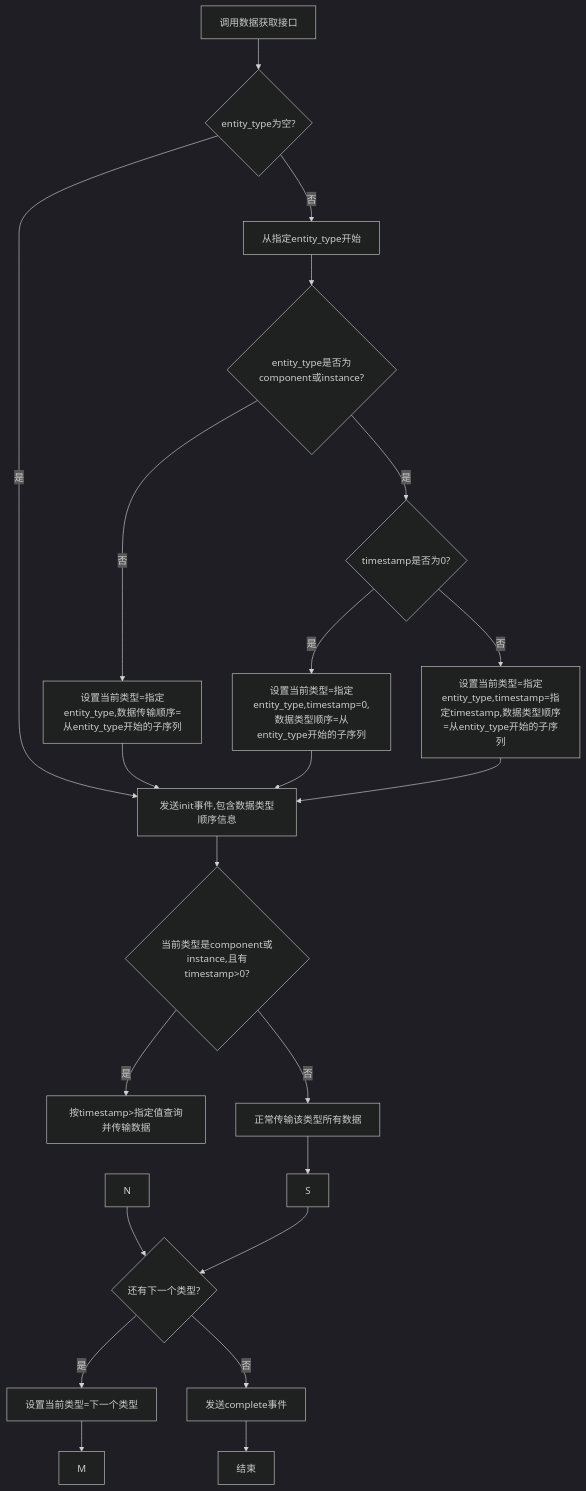
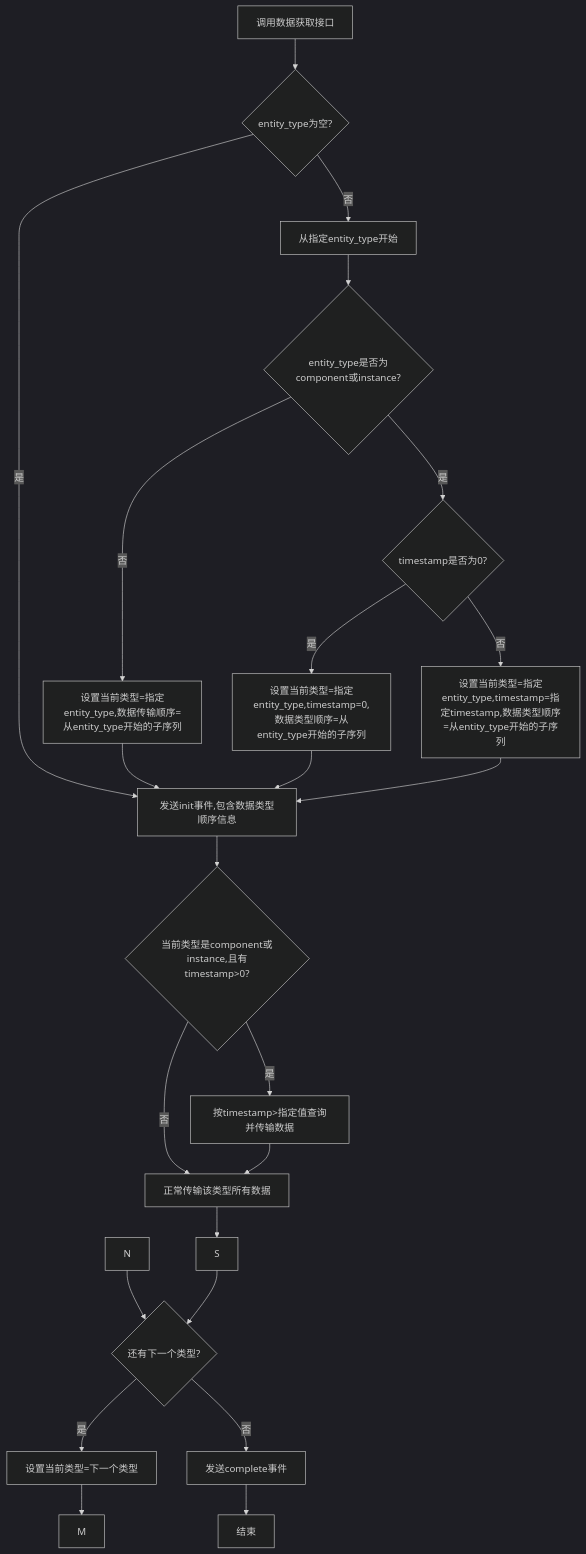
The diagram in all/未命名-59.md (yingjianzh/iodraw-files), drawn with Mermaid (dark theme) before and after one commit.

Commit message:
2025-05-14 15:43:11 update

````diff
--- a/all/未命名-59.md
+++ b/all/未命名-59.md
@@ -1,35 +1,35 @@
 ```mermaid
 flowchart TD
     A[调用数据获取接口] --> B{entity_type为空?}
 
     B -->|是| K[发送init事件,包含数据类型顺序信息]
     B -->|否| D[从指定entity_type开始]
     
     D --> F{entity_type是否为component或instance?}
     
     F -->|否| G[设置当前类型=指定entity_type,数据传输顺序=从entity_type开始的子序列]
     F -->|是| H{timestamp是否为0?}
     
     H -->|是| I[设置当前类型=指定entity_type,timestamp=0,数据类型顺序=从entity_type开始的子序列]
     H -->|否| J[设置当前类型=指定entity_type,timestamp=指定timestamp,数据类型顺序=从entity_type开始的子序列]
     
     G --> K
     I --> K
     J --> K
     
    
     K --> P{当前类型是component或instance,且有timestamp>0?}
     P -->|是| Q[按timestamp>指定值查询并传输数据]
     P -->|否| R[正常传输该类型所有数据]
     
-    
+    Q -->
     R --> S
     N --> T{还有下一个类型?}
     S --> T
     
     T -->|是| U[设置当前类型=下一个类型]
     T -->|否| V[发送complete事件]
     
     U --> M
     V --> W[结束]
 ```
````
